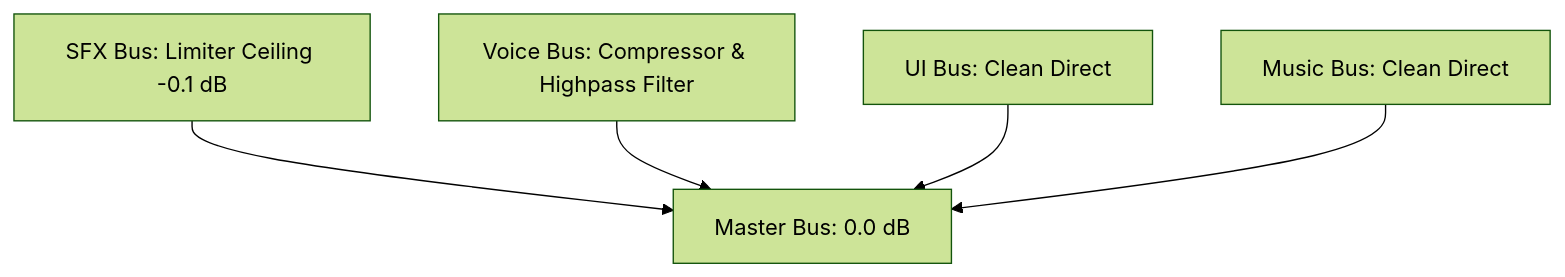
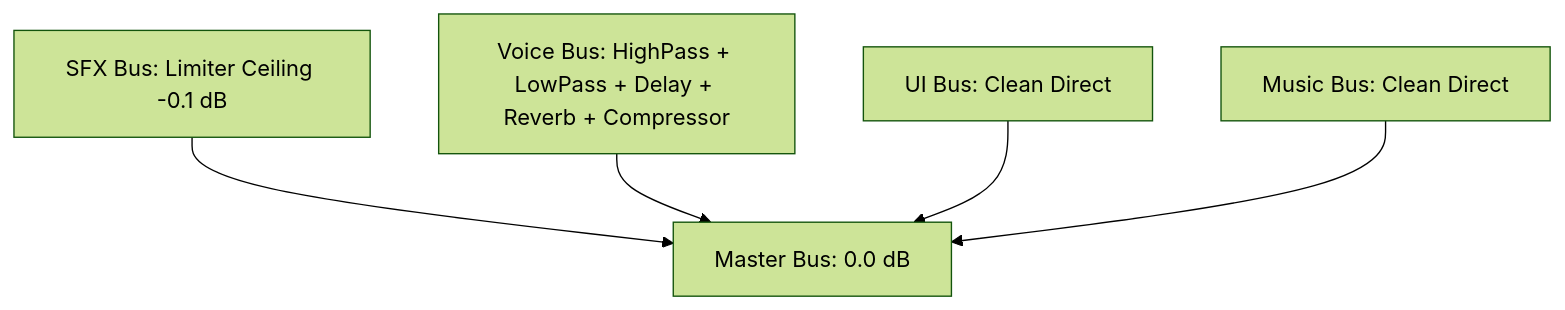
Before and after one commit to bokk3/Vanguard: the diagram in docs/lore/SOUND_DESIGN_AND_SFX.md, drawn with Mermaid (forest theme). The commit also changed other lines of this file and 96 other files, not shown here.

````diff
--- a/docs/lore/SOUND_DESIGN_AND_SFX.md
+++ b/docs/lore/SOUND_DESIGN_AND_SFX.md
@@ -105,8 +110,8 @@
 ```mermaid
 graph TD
     M[Master Bus: 0.0 dB]
     SFX[SFX Bus: Limiter Ceiling -0.1 dB] --> M
-    VOICE[Voice Bus: Compressor & Highpass Filter] --> M
+    VOICE[Voice Bus: HighPass + LowPass + Delay + Reverb + Compressor] --> M
     UI[UI Bus: Clean Direct] --> M
     MUSIC[Music Bus: Clean Direct] --> M
 ```
````
